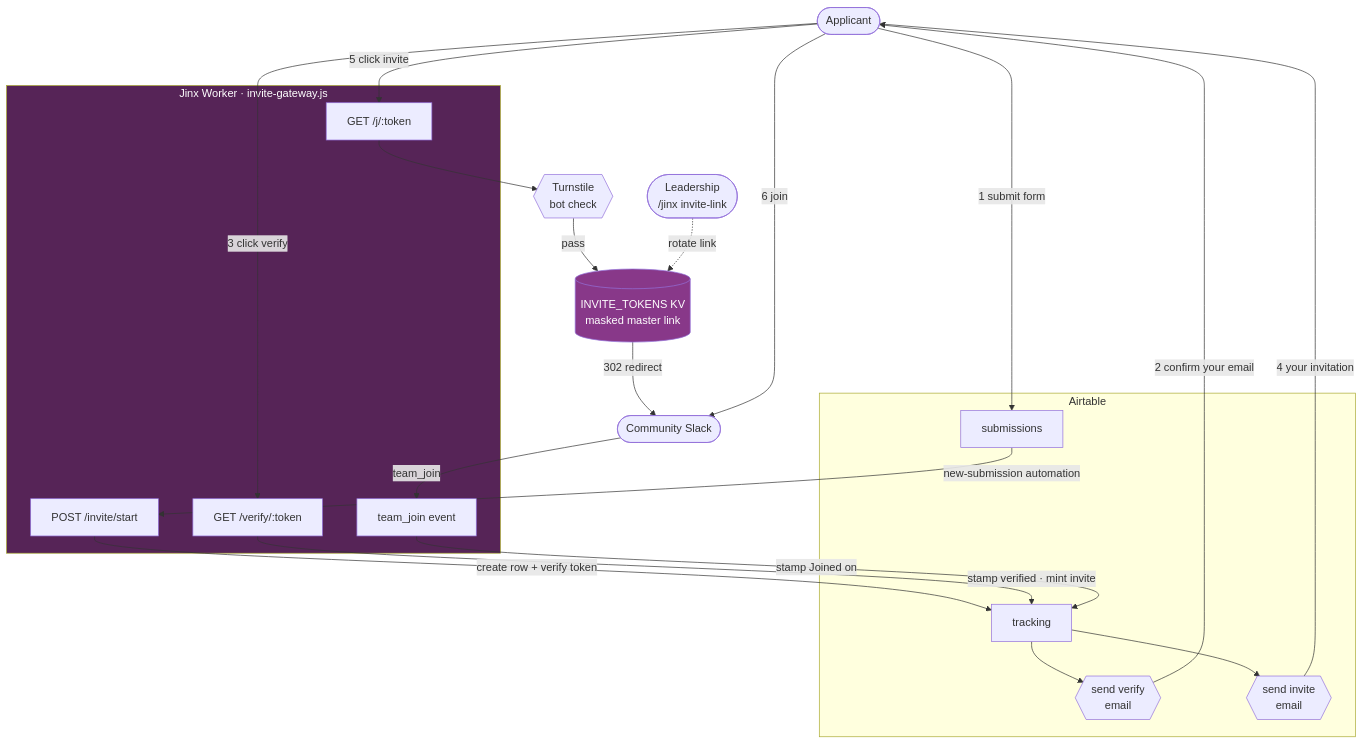
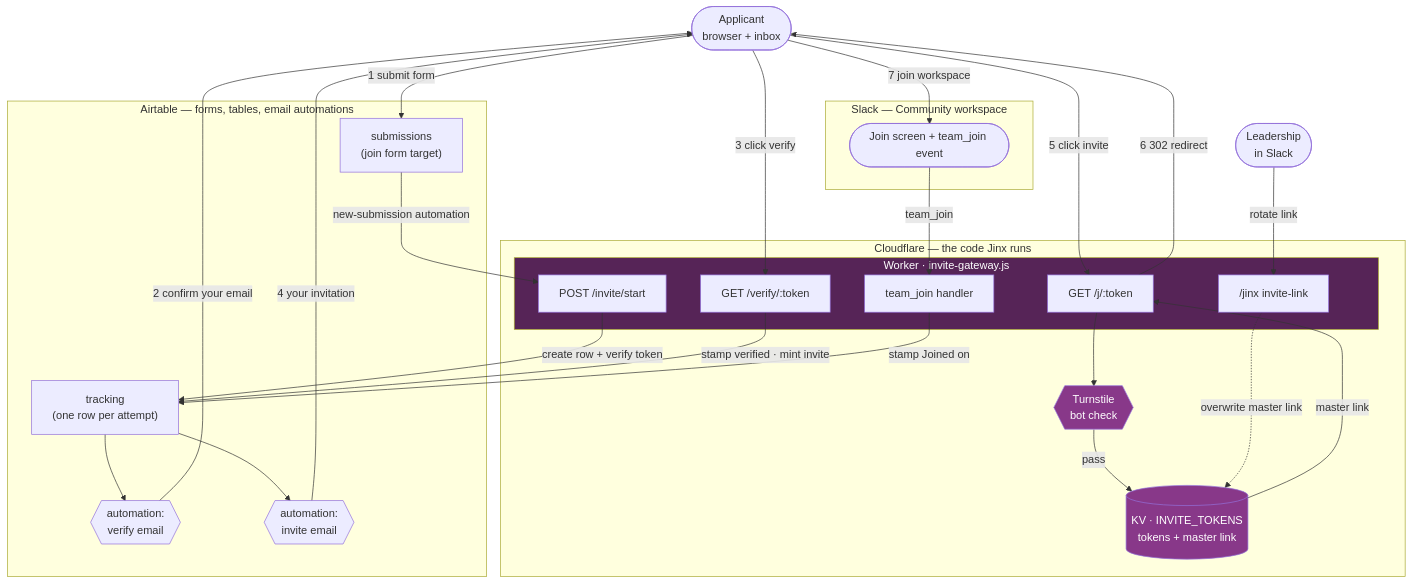
Before and after one commit to rladies/rladiesguide: the first of 2 diagrams in content/global-team/jinx/airtable-invites.en.md, drawn with Mermaid. The commit also changed other lines of this file and 1 other file, not shown here.

Commit message:
docs(jinx): show which system runs each step of the invite flow
Group the invite architecture flowchart by platform — Airtable (form,
tables, email automations), Cloudflare (the invite-gateway Worker, KV,
Turnstile) and Slack — and add matching boxes to the sequence diagram,
so the "runs where" split is readable at a glance.

Also fix the dark-variant mermaid sequence autonumber, which drew white
digits on a near-white circle.

````diff
--- a/content/global-team/jinx/airtable-invites.en.md
+++ b/content/global-team/jinx/airtable-invites.en.md
@@ -19,44 +19,52 @@
 ```mermaid
 flowchart TB
-    A([Applicant])
+    A([Applicant<br>browser + inbox])
+    L([Leadership<br>in Slack])
 
-    subgraph AT["Airtable"]
-      SUB["submissions"]
-      TRK["tracking"]
-      AV{{"send verify<br>email"}}
-      AI{{"send invite<br>email"}}
+    subgraph AT["Airtable — forms, tables, email automations"]
+      SUB["submissions<br>(join form target)"]
+      TRK["tracking<br>(one row per attempt)"]
+      AV{{"automation:<br>verify email"}}
+      AI{{"automation:<br>invite email"}}
     end
 
-    subgraph W["Jinx Worker · invite-gateway.js"]
-      START["POST /invite/start"]
-      VER["GET /verify/:token"]
-      RED["GET /j/:token"]
-      TJ["team_join event"]
+    subgraph CF["Cloudflare — the code Jinx runs"]
+      subgraph W["Worker · invite-gateway.js"]
+        START["POST /invite/start"]
+        VER["GET /verify/:token"]
+        RED["GET /j/:token"]
+        CMD["/jinx invite-link"]
+        TJ["team_join handler"]
+      end
+      KV[("KV · INVITE_TOKENS<br>tokens + master link")]
+      TS{{"Turnstile<br>bot check"}}
     end
 
-    KV[("INVITE_TOKENS KV<br>masked master link")]
-    TS{{"Turnstile<br>bot check"}}
-    S([Community Slack])
-    L([Leadership<br>/jinx invite-link])
+    subgraph SL["Slack — Community workspace"]
+      S([Join screen + team_join event])
+    end
 
     A -->|1 submit form| SUB
     SUB -->|new-submission automation| START
     START -->|create row + verify token| TRK
     TRK --> AV
     AV -->|2 confirm your email| A
     A -->|3 click verify| VER
     VER -->|stamp verified · mint invite| TRK
     TRK --> AI
     AI -->|4 your invitation| A
     A -->|5 click invite| RED
     RED --> TS
     TS -->|pass| KV
-    KV -->|302 redirect| S
-    A -->|6 join| S
+    KV -->|master link| RED
+    RED -->|6 302 redirect| A
+    A -->|7 join workspace| S
     S -->|team_join| TJ
     TJ -->|stamp Joined on| TRK
-    L -.->|rotate link| KV
+    L -->|rotate link| CMD
+    CMD -.->|overwrite master link| KV
 
     style W fill:#562457,color:#fff
     style KV fill:#883889,color:#fff
+    style TS fill:#883889,color:#fff
 ```
````
